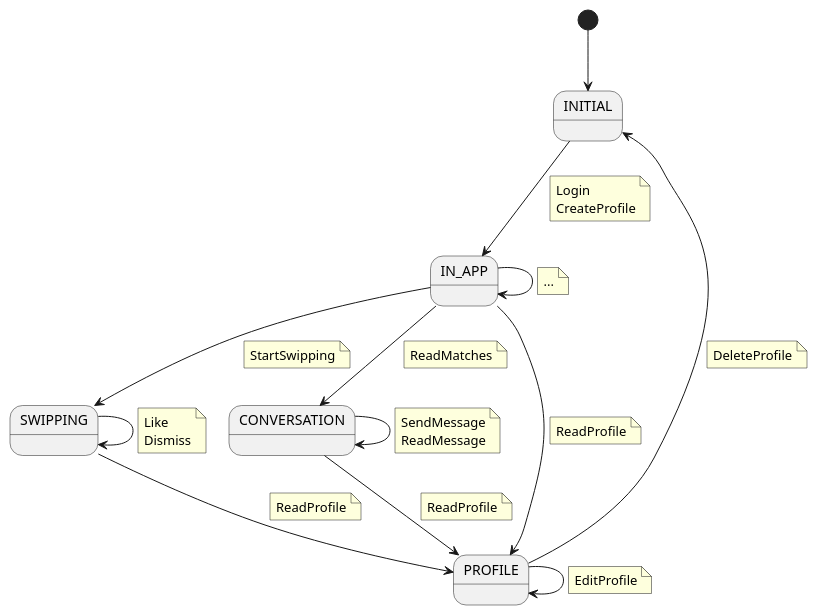
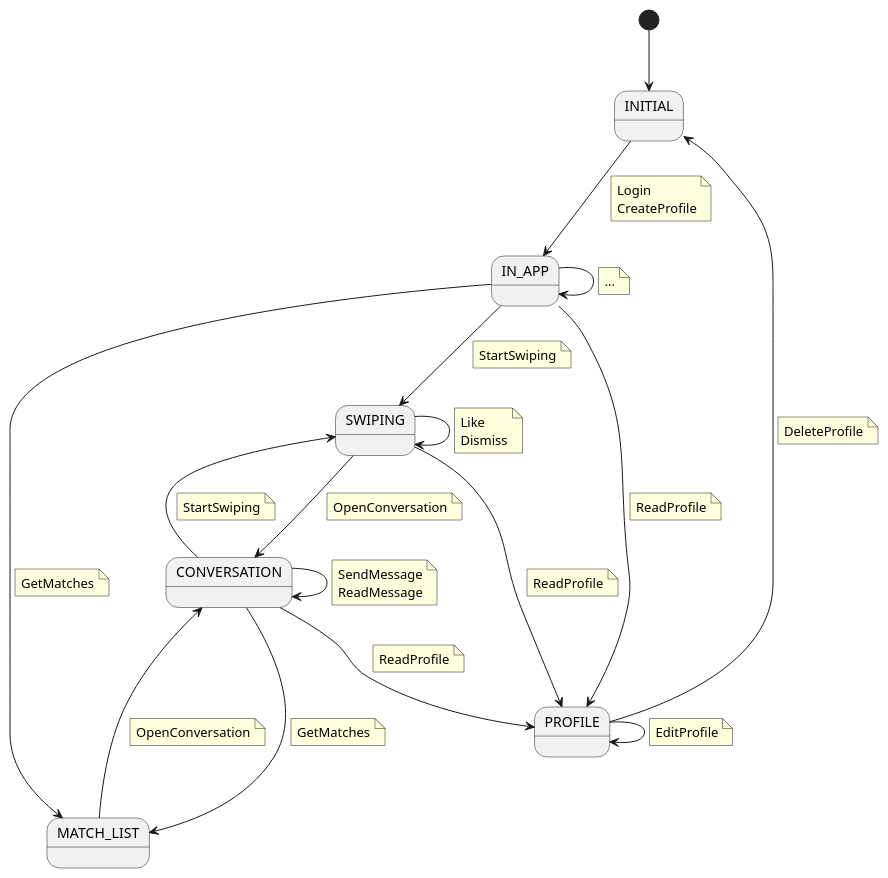
One commit to fraylopez/tinder changed the diagram in docs/src/use-cases/tinder-context.puml. Above: the diagram before and after it, drawn with PlantUML. The commit also changed 1 other file, not shown here.

Commit message:
Improved diagrams

```diff
--- a/docs/src/use-cases/tinder-context.puml
+++ b/docs/src/use-cases/tinder-context.puml
@@ -1,63 +1,81 @@
 @startuml
 
 state INITIAL
-state SWIPPING
+state SWIPING
 state CONVERSATION
 state PROFILE
+state MATCH_LIST
 
 ' Que estados faltan?
-' Como nos movemos entre SWIPPING - CONVERSATION - PROFILE
+' Como nos movemos entre SWIPING - CONVERSATION - PROFILE
 ' Back use case?
 
 [*] --> INITIAL
 INITIAL --> IN_APP
 note on link
 Login
 CreateProfile
 end note
-IN_APP --> SWIPPING
+IN_APP --> SWIPING
 note on link
-StartSwipping
+StartSwiping
 endnote
-SWIPPING --> SWIPPING
+SWIPING --> SWIPING
 note on link
 Like
 Dismiss
 endnote
 IN_APP --> IN_APP
 note on link
 ...
 end note
-IN_APP --> CONVERSATION
+IN_APP --> MATCH_LIST
 note on link
-ReadMatches
+GetMatches
+endnote
+MATCH_LIST --> CONVERSATION
+note on link
+OpenConversation
+endnote
+CONVERSATION ---> MATCH_LIST
+note on link
+GetMatches
 endnote
 CONVERSATION --> CONVERSATION
 note on link
 SendMessage
 ReadMessage
 end note
 IN_APP --> PROFILE
 note on link
 ReadProfile
 end note
 PROFILE --> PROFILE
 note on link
 EditProfile
 end note
 PROFILE --> INITIAL
 note on link
 DeleteProfile
 end note
 
 CONVERSATION --> PROFILE
 note on link
 ReadProfile
 end note
-SWIPPING --> PROFILE
+SWIPING --> PROFILE
 note on link
 ReadProfile
 end note
+SWIPING --> CONVERSATION
+note on link
+OpenConversation
+end note
+CONVERSATION --> SWIPING
+note on link
+StartSwiping
+end note
+
 
 
 @enduml
```
